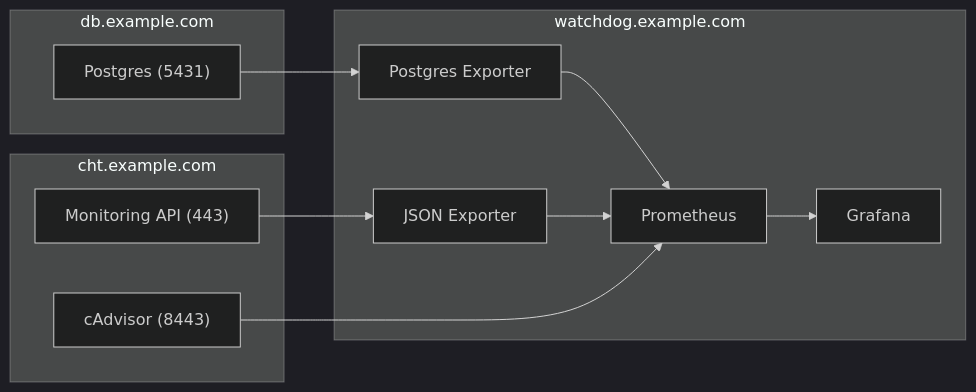
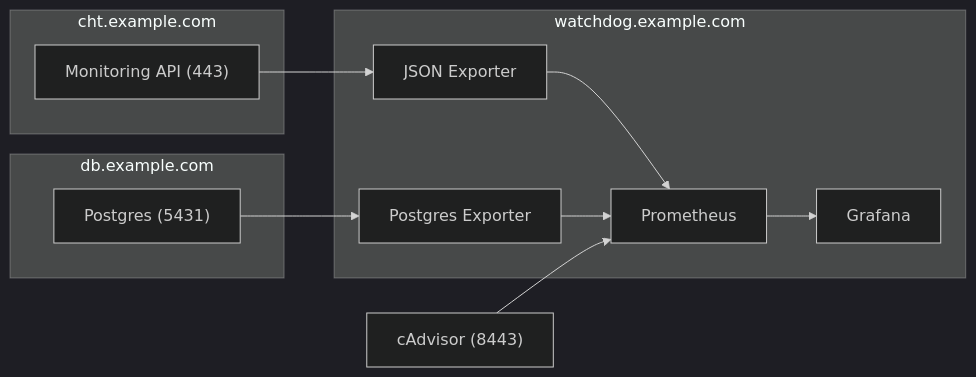
Before and after one commit to medic/cht-docs: the second of 2 diagrams in content/en/apps/guides/hosting/monitoring/postgres-ingest.md, drawn with Mermaid (dark theme).

````diff
--- a/content/en/apps/guides/hosting/monitoring/postgres-ingest.md
+++ b/content/en/apps/guides/hosting/monitoring/postgres-ingest.md
@@ -42,24 +42,23 @@
 ```mermaid
 flowchart LR
 
 subgraph core["cht.example.com"]
-  mon_api["Monitoring API (443)"]:::client_node
-  cAdvisor:::client_node
+  mon_api["Monitoring API (443)"]
 end
 
 subgraph watchdog["watchdog.example.com"]
     json[JSON Exporter] --> Prometheus
     postgres-exp[Postgres Exporter] --> Prometheus
     Prometheus --> Grafana
 end
 
 
 subgraph db["db.example.com"]
   postgres["Postgres (5431)"]:::client_node
 end
 
 
 mon_api  -->  json
 cAdvisor["cAdvisor (8443)"] -->  Prometheus
 postgres -->  postgres-exp
 ```
````
